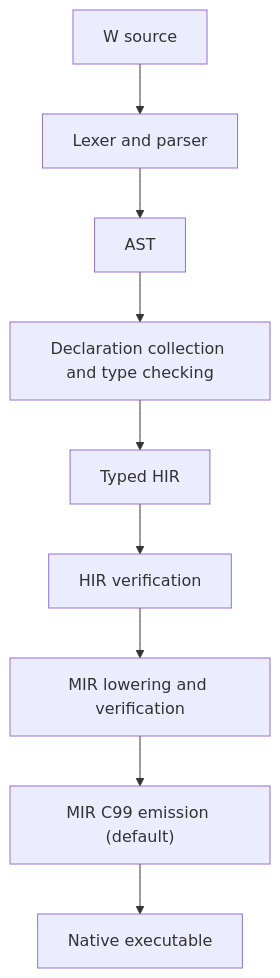
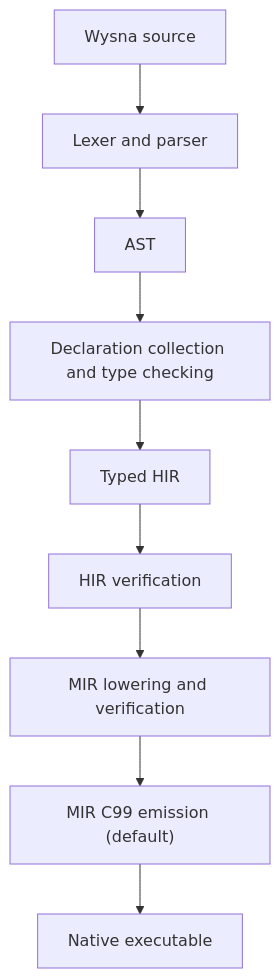
One commit to WashingtonYandun/W changed the diagram in docs/HIR_DESIGN.md. Above: the diagram before and after it, drawn with Mermaid. The commit also changed other lines of this file and 96 other files, not shown here.

````diff
--- a/docs/HIR_DESIGN.md
+++ b/docs/HIR_DESIGN.md
@@ -12,11 +12,11 @@
 ```mermaid
 flowchart TD
-    A["W source"] --> B["Lexer and parser"]
+    A["Wysna source"] --> B["Lexer and parser"]
     B --> C["AST"]
     C --> D["Declaration collection and type checking"]
     D --> E["Typed HIR"]
     E --> F["HIR verification"]
     F --> I["MIR lowering and verification"]
     I --> G["MIR C99 emission (default)"]
     G --> H["Native executable"]
 ```
````
